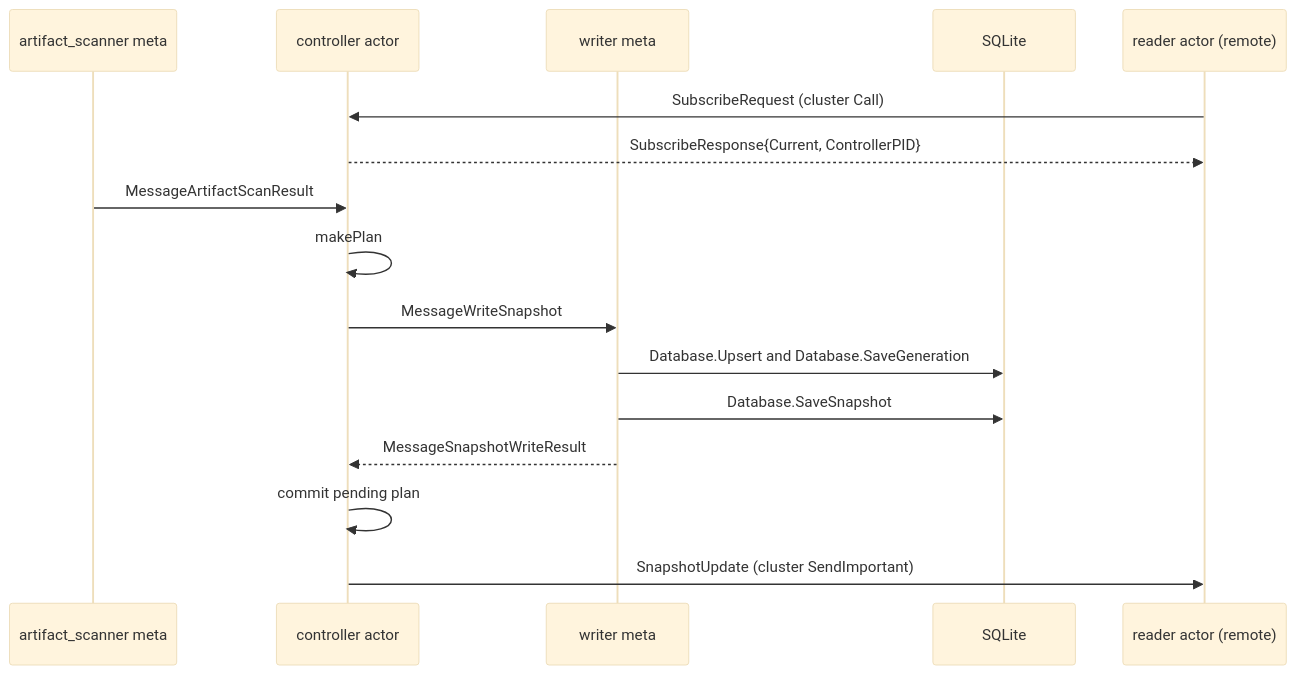
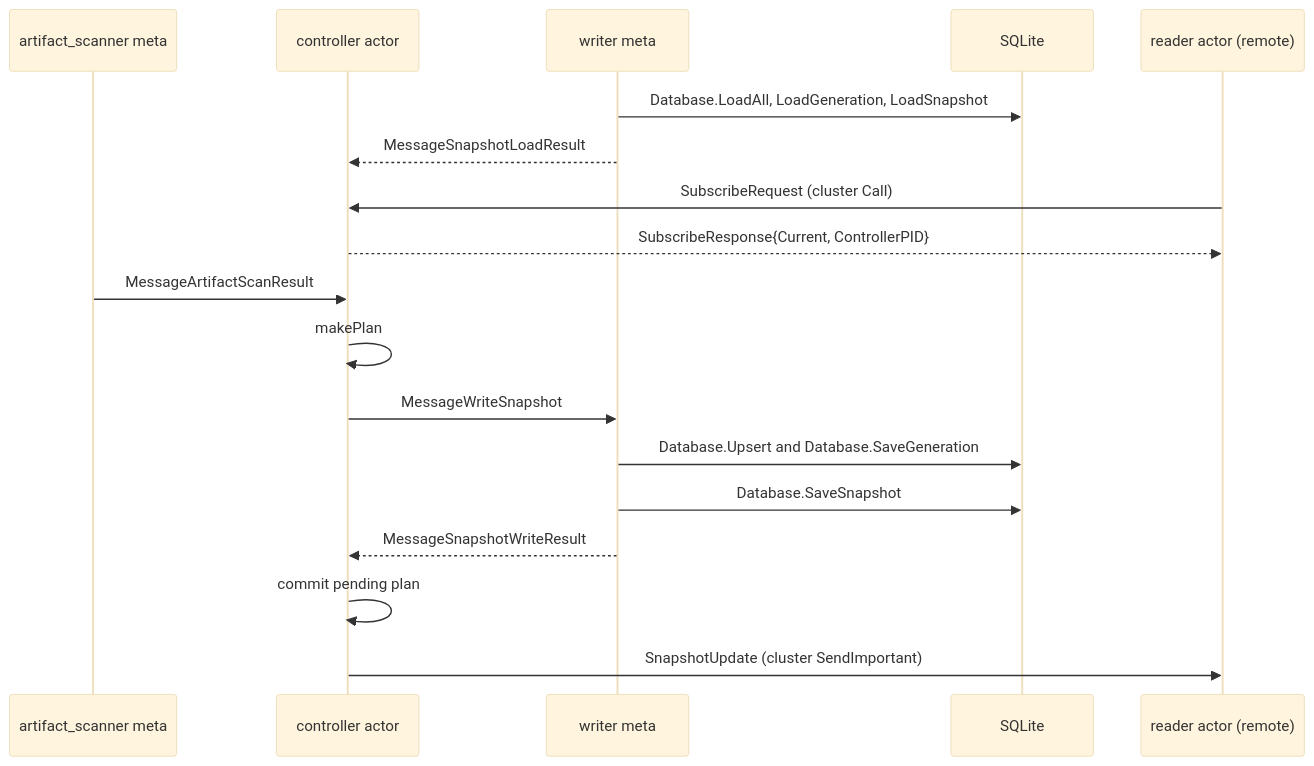
One commit to HarishHary/blink changed the first of 2 diagrams in docs/internals/message-flow.md. Above: the diagram before and after it, drawn with Mermaid (base theme). The commit also changed other lines of this file and 5 other files, not shown here.

````diff
--- a/docs/internals/message-flow.md
+++ b/docs/internals/message-flow.md
@@ -11,19 +11,21 @@
 ```mermaid
 sequenceDiagram
     participant ArtifactScanner as artifact_scanner meta
     participant Controller as controller actor
     participant Writer as writer meta
     participant Store as SQLite
     participant Executor as reader actor (remote)
 
+    Writer->>Store: Database.LoadAll, LoadGeneration, LoadSnapshot
+    Writer-->>Controller: MessageSnapshotLoadResult
     Executor->>Controller: SubscribeRequest (cluster Call)
     Controller-->>Executor: SubscribeResponse{Current, ControllerPID}
     ArtifactScanner->>Controller: MessageArtifactScanResult
     Controller->>Controller: makePlan
     Controller->>Writer: MessageWriteSnapshot
     Writer->>Store: Database.Upsert and Database.SaveGeneration
     Writer->>Store: Database.SaveSnapshot
     Writer-->>Controller: MessageSnapshotWriteResult
     Controller->>Controller: commit pending plan
     Controller->>Executor: SnapshotUpdate (cluster SendImportant)
 ```
````
